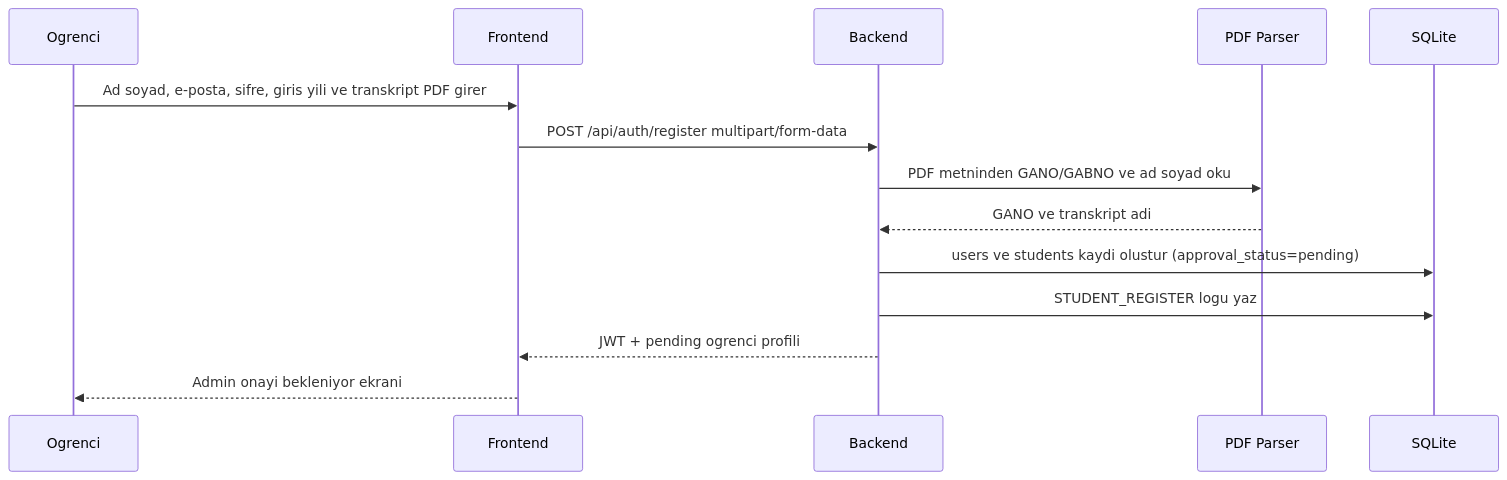
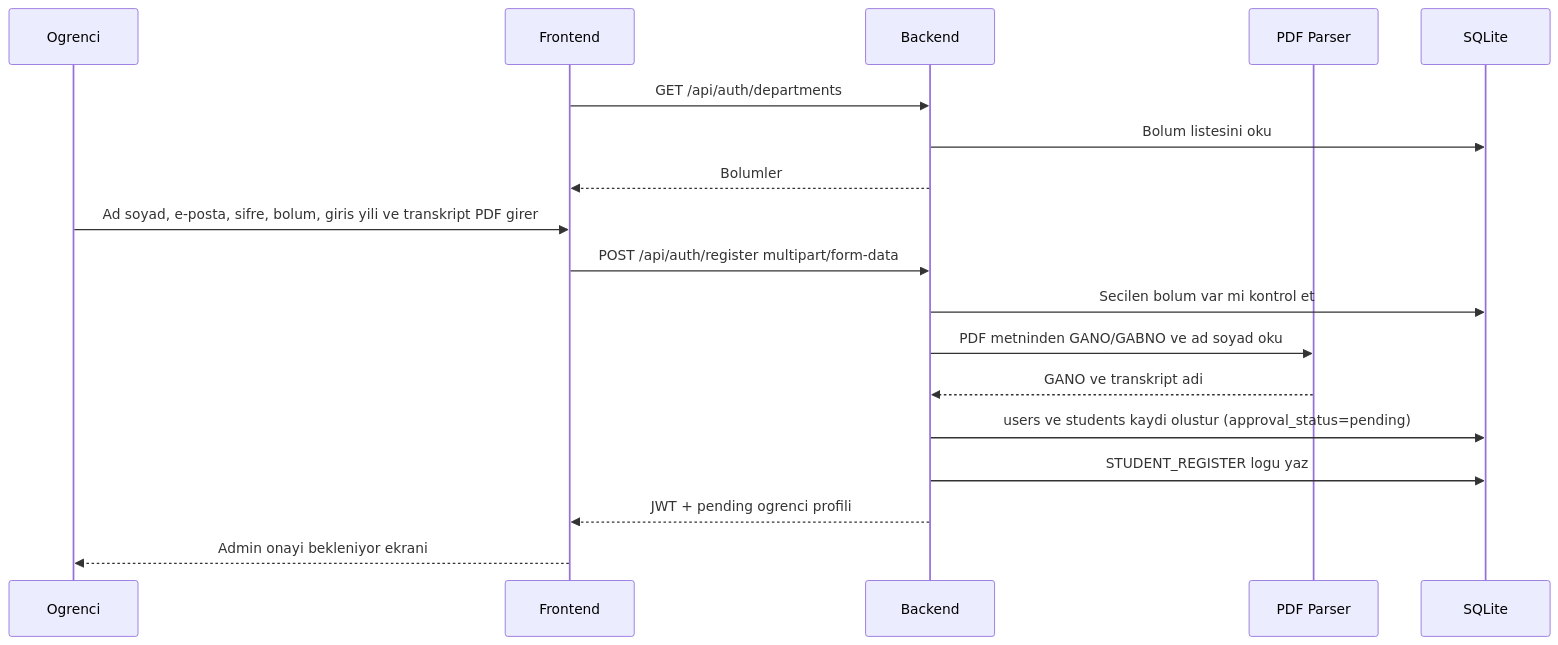
One commit to tunayalc/final-project-advisor-system changed the second of 6 diagrams in docs/architecture.md. Above: the diagram before and after it, drawn with Mermaid. The commit also changed other lines of this file and 76 other files, not shown here.

````diff
--- a/docs/architecture.md
+++ b/docs/architecture.md
@@ -123,17 +125,21 @@
 ```mermaid
 sequenceDiagram
     participant O as Ogrenci
     participant F as Frontend
     participant B as Backend
     participant PDF as PDF Parser
     participant DB as SQLite
 
-    O->>F: Ad soyad, e-posta, sifre, giris yili ve transkript PDF girer
+    F->>B: GET /api/auth/departments
+    B->>DB: Bolum listesini oku
+    B-->>F: Bolumler
+    O->>F: Ad soyad, e-posta, sifre, bolum, giris yili ve transkript PDF girer
     F->>B: POST /api/auth/register multipart/form-data
+    B->>DB: Secilen bolum var mi kontrol et
     B->>PDF: PDF metninden GANO/GABNO ve ad soyad oku
     PDF-->>B: GANO ve transkript adi
     B->>DB: users ve students kaydi olustur (approval_status=pending)
     B->>DB: STUDENT_REGISTER logu yaz
     B-->>F: JWT + pending ogrenci profili
     F-->>O: Admin onayi bekleniyor ekrani
 ```
````
